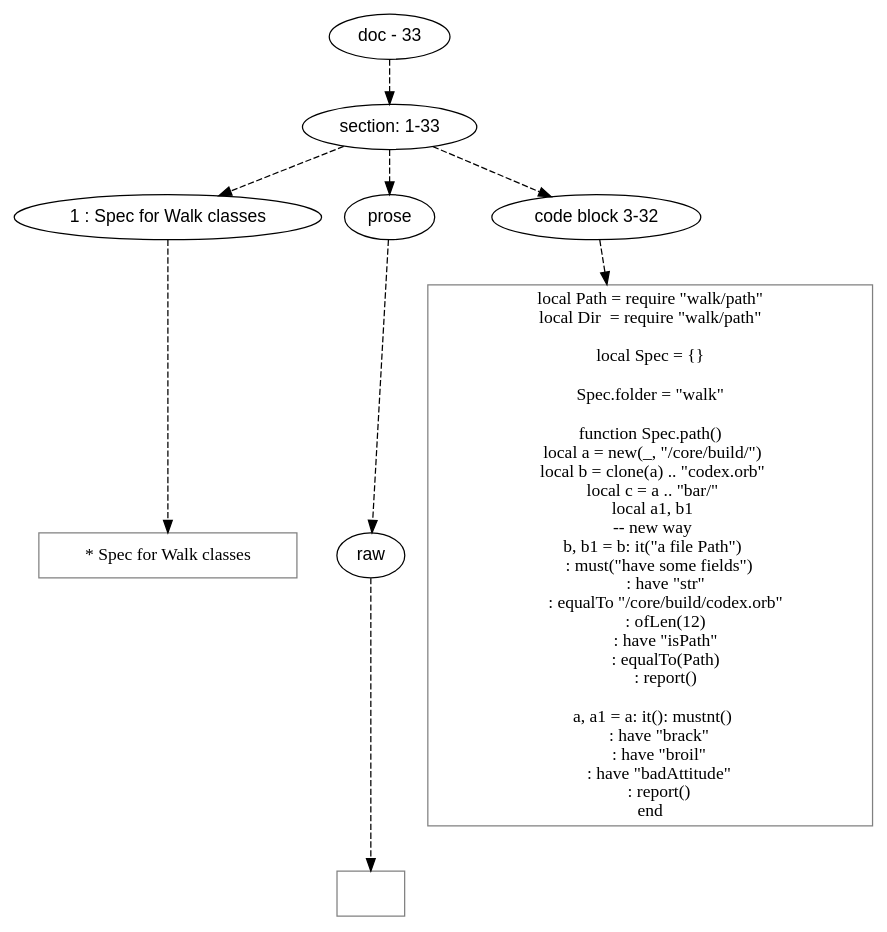
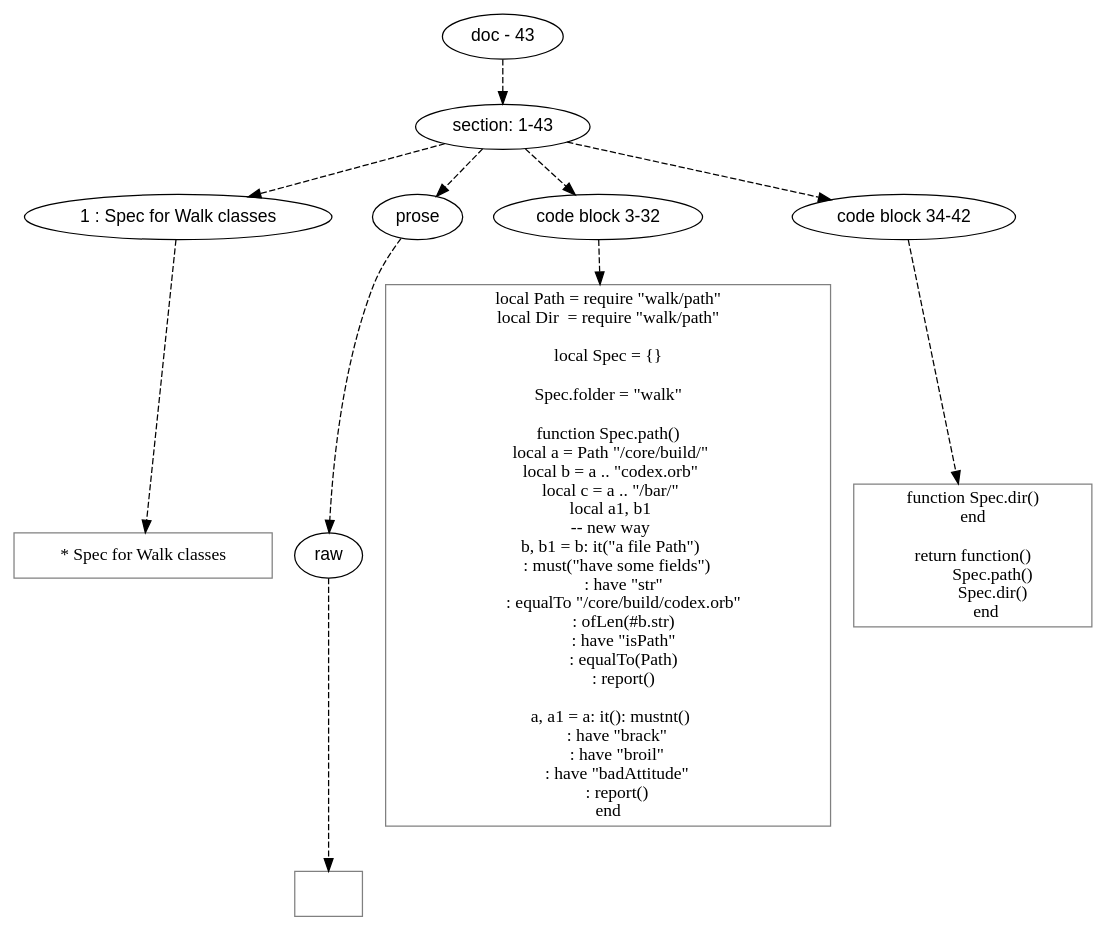
Before and after one commit to mnemnion/orb: the diagram in doc/dot/spec/walk-spec.dot, drawn with Graphviz. The commit also changed 19 other files, not shown here.

```diff
--- a/doc/dot/spec/walk-spec.dot
+++ b/doc/dot/spec/walk-spec.dot
@@ -1,78 +1,90 @@
 digraph lpegNode {
 
 node [fontname=Helvetica]
 edge [style=dashed]
 
-doc_0 [label="doc - 33"]
+doc_0 [label="doc - 43"]
 
 
 doc_0 -> { section_1}
 {rank=same; section_1}
 
-section_1 [label="section: 1-33"]
+section_1 [label="section: 1-43"]
 
 
 // END RANK doc_0
 
-section_1 -> { header_2 prose_3 codeblock_4}
-{rank=same; header_2 prose_3 codeblock_4}
+section_1 -> { header_2 prose_3 codeblock_4 codeblock_5}
+{rank=same; header_2 prose_3 codeblock_4 codeblock_5}
 
 header_2 [label="1 : Spec for Walk classes"]
 
 prose_3 [label="prose"]
 
 codeblock_4 [label="code block 3-32"]
 
+codeblock_5 [label="code block 34-42"]
+
 
 // END RANK section_1
 
-header_2 -> leaf_5
-leaf_5  [color=Gray,shape=rectangle,fontname=Inconsolata,label="* Spec for Walk classes"]
+header_2 -> leaf_6
+leaf_6  [color=Gray,shape=rectangle,fontname=Inconsolata,label="* Spec for Walk classes"]
 // END RANK header_2
 
-prose_3 -> { raw_6}
-{rank=same; raw_6}
+prose_3 -> { raw_7}
+{rank=same; raw_7}
 
-raw_6 [label="raw"]
+raw_7 [label="raw"]
 
 
 // END RANK prose_3
 
-raw_6 -> leaf_7
-leaf_7  [color=Gray,shape=rectangle,fontname=Inconsolata,label="
+raw_7 -> leaf_8
+leaf_8  [color=Gray,shape=rectangle,fontname=Inconsolata,label="
 "]
-// END RANK raw_6
+// END RANK raw_7
 
-codeblock_4 -> leaf_8
-leaf_8  [color=Gray,shape=rectangle,fontname=Inconsolata,label="local Path = require \"walk/path\"
+codeblock_4 -> leaf_9
+leaf_9  [color=Gray,shape=rectangle,fontname=Inconsolata,label="local Path = require \"walk/path\"
 local Dir  = require \"walk/path\"
 
 local Spec = {}
 
 Spec.folder = \"walk\"
 
 function Spec.path()
-  local a = new(_, \"/core/build/\")
-  local b = clone(a) .. \"codex.orb\"
-  local c = a .. \"bar/\"
+  local a = Path \"/core/build/\"
+  local b = a .. \"codex.orb\"
+  local c = a .. \"/bar/\"
   local a1, b1
   -- new way
   b, b1 = b: it(\"a file Path\")
      : must(\"have some fields\")
         : have \"str\"
         : equalTo \"/core/build/codex.orb\"
-        : ofLen(12)
+        : ofLen(#b.str)
         : have \"isPath\"
         : equalTo(Path)
         : report()
 
   a, a1 = a: it(): mustnt()
      : have \"brack\"
      : have \"broil\"
      : have \"badAttitude\"
      : report()
 end"]
 // END RANK codeblock_4
 
+codeblock_5 -> leaf_10
+leaf_10  [color=Gray,shape=rectangle,fontname=Inconsolata,label="function Spec.dir()
+end
+
+return function()
+          Spec.path()
+          Spec.dir()
+       end"]
+// END RANK codeblock_5
+
 
 }
```
